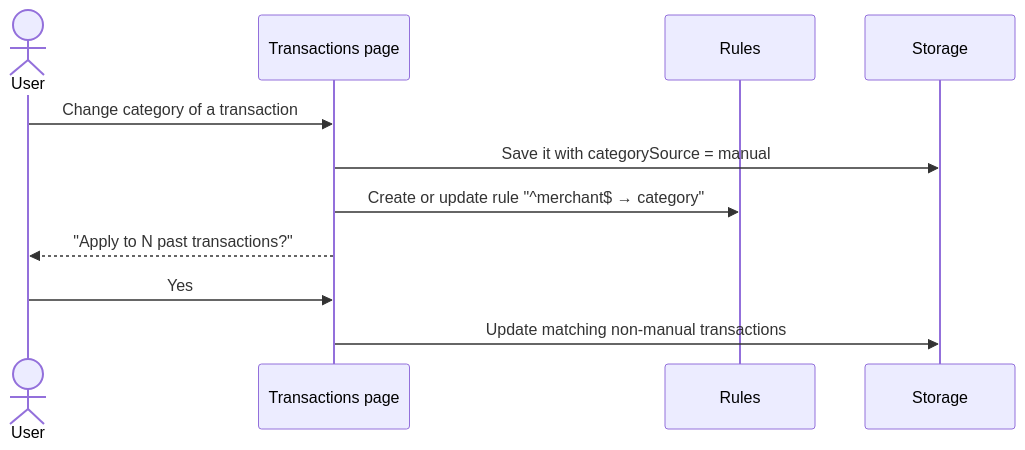
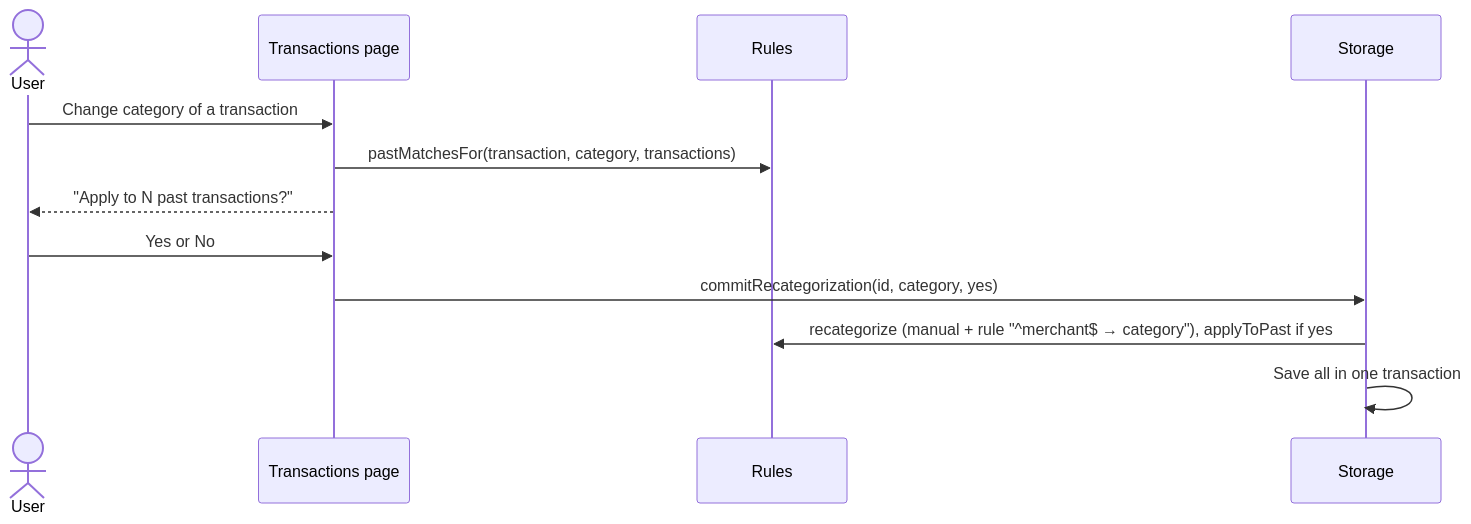
The third of 4 diagrams in docs/spec/v1.md (kauegalons/card-insights), drawn with Mermaid before and after one commit. The commit also changed other lines of this file and 4 other files, not shown here.

````diff
--- a/docs/spec/v1.md
+++ b/docs/spec/v1.md
@@ -268,14 +269,15 @@
 ```mermaid
 sequenceDiagram
     actor U as User
     participant T as Transactions page
     participant R as Rules
     participant S as Storage
 
     U->>T: Change category of a transaction
-    T->>S: Save it with categorySource = manual
-    T->>R: Create or update rule "^merchant$ → category"
+    T->>R: pastMatchesFor(transaction, category, transactions)
     T-->>U: "Apply to N past transactions?"
-    U->>T: Yes
-    T->>S: Update matching non-manual transactions
+    U->>T: Yes or No
+    T->>S: commitRecategorization(id, category, yes)
+    S->>R: recategorize (manual + rule "^merchant$ → category"), applyToPast if yes
+    S->>S: Save all in one transaction
 ```
````
